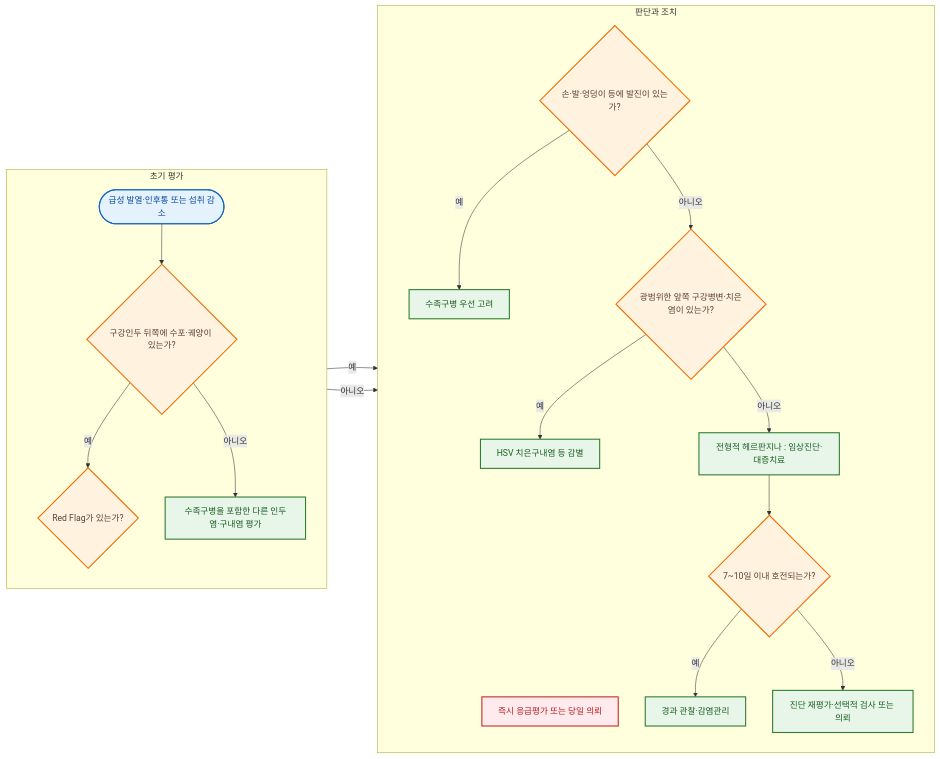
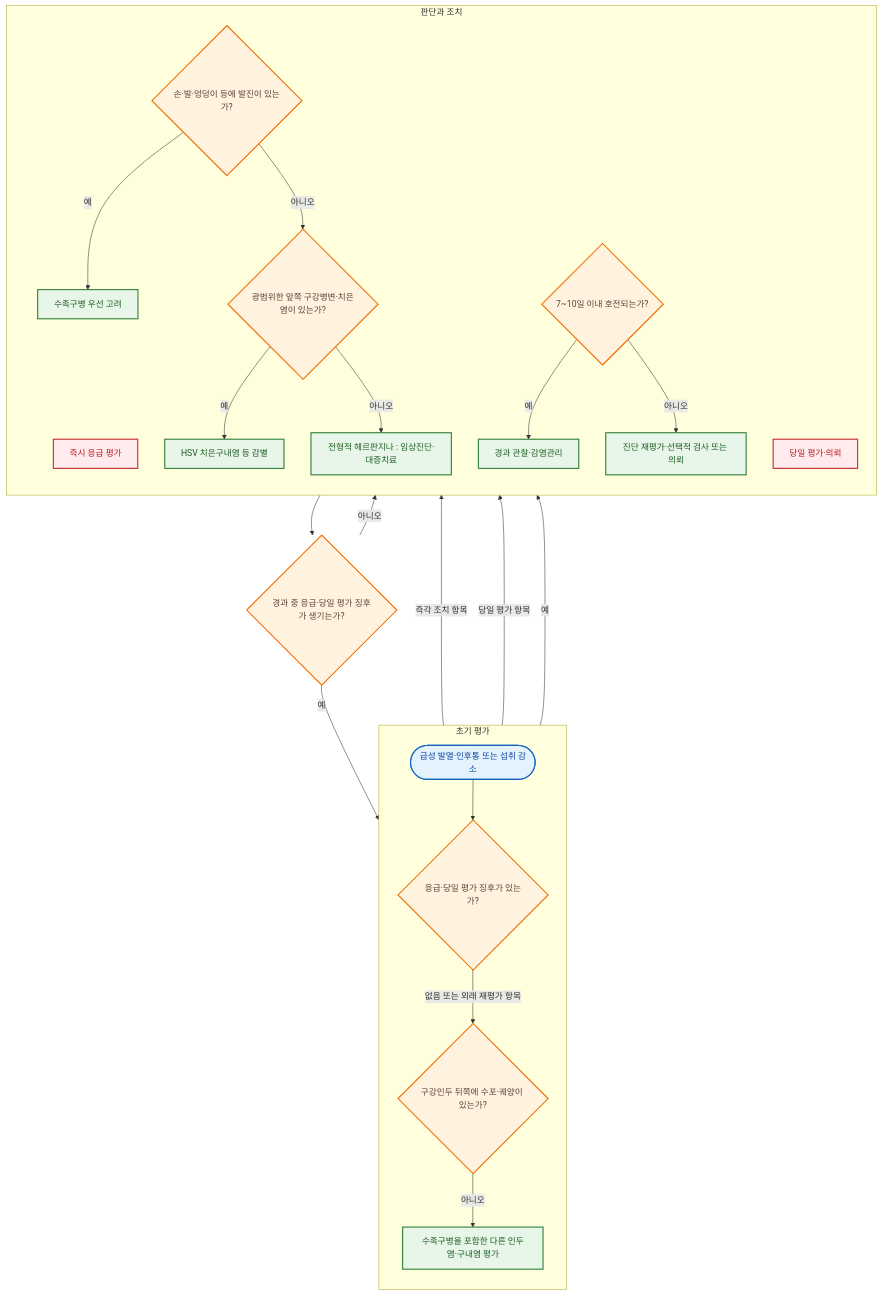
Before and after one commit to familyoh77/familyoh77: the diagram in 230_/199_-herpangina.md, drawn with Mermaid. The commit also changed other lines of this file and 9 other files, not shown here.

````diff
--- a/230_/199_-herpangina.md
+++ b/230_/199_-herpangina.md
@@ -93,41 +94,45 @@
 ```mermaid
-flowchart LR
+flowchart TB
     subgraph A["초기 평가"]
         direction TB
-        A1(["급성 발열·인후통 또는 섭취 감소"]) --> A2{"구강인두 뒤쪽에 수포·궤양이 있는가?"}
-        A2 -->|예| A3{"Red Flag가 있는가?"}
+        A1(["급성 발열·인후통 또는 섭취 감소"]) --> A3{"응급·당일 평가 징후가 있는가?"}
+        A3 -->|없음 또는 외래 재평가 항목| A2{"구강인두 뒤쪽에 수포·궤양이 있는가?"}
         A2 -->|아니오| A4["수족구병을 포함한 다른 인두염·구내염 평가"]
     end
 
     subgraph B["판단과 조치"]
         direction TB
-        B1["즉시 응급평가 또는 당일 의뢰"]
+        B1["즉시 응급 평가"]
+        Same["당일 평가·의뢰"]
         B2{"손·발·엉덩이 등에 발진이 있는가?"}
         B3["수족구병 우선 고려"]
         B4{"광범위한 앞쪽 구강병변·치은염이 있는가?"}
         B5["HSV 치은구내염 등 감별"]
         B6["전형적 헤르판지나 : 임상진단·대증치료"]
         B7{"7~10일 이내 호전되는가?"}
         B8["경과 관찰·감염관리"]
         B9["진단 재평가·선택적 검사 또는 의뢰"]
     end
 
-    A3 -->|예| B1
-    A3 -->|아니오| B2
+    A3 -->|즉각 조치 항목| B1
+    A3 -->|당일 평가 항목| Same
+    A2 -->|예| B2
     B2 -->|예| B3
     B2 -->|아니오| B4
     B4 -->|예| B5
     B4 -->|아니오| B6
-    B6 --> B7
+    B6 --> W{"경과 중 응급·당일 평가 징후가 생기는가?"}
+    W -->|예| A3
+    W -->|아니오| B7
     B7 -->|예| B8
     B7 -->|아니오| B9
 
     classDef start fill:#e3f2fd,stroke:#1565c0,color:#0d47a1,stroke-width:2px;
     classDef decision fill:#fff3e0,stroke:#ef6c00,color:#5d4037,stroke-width:2px;
     classDef danger fill:#ffebee,stroke:#c62828,color:#b71c1c,stroke-width:2px;
     classDef action fill:#e8f5e9,stroke:#2e7d32,color:#1b5e20,stroke-width:2px;
     class A1 start;
-    class A2,A3,B2,B4,B7 decision;
-    class B1 danger;
+    class A2,A3,B2,B4,B7,W decision;
+    class B1,Same danger;
     class A4,B3,B5,B6,B8,B9 action;
 ```
````
